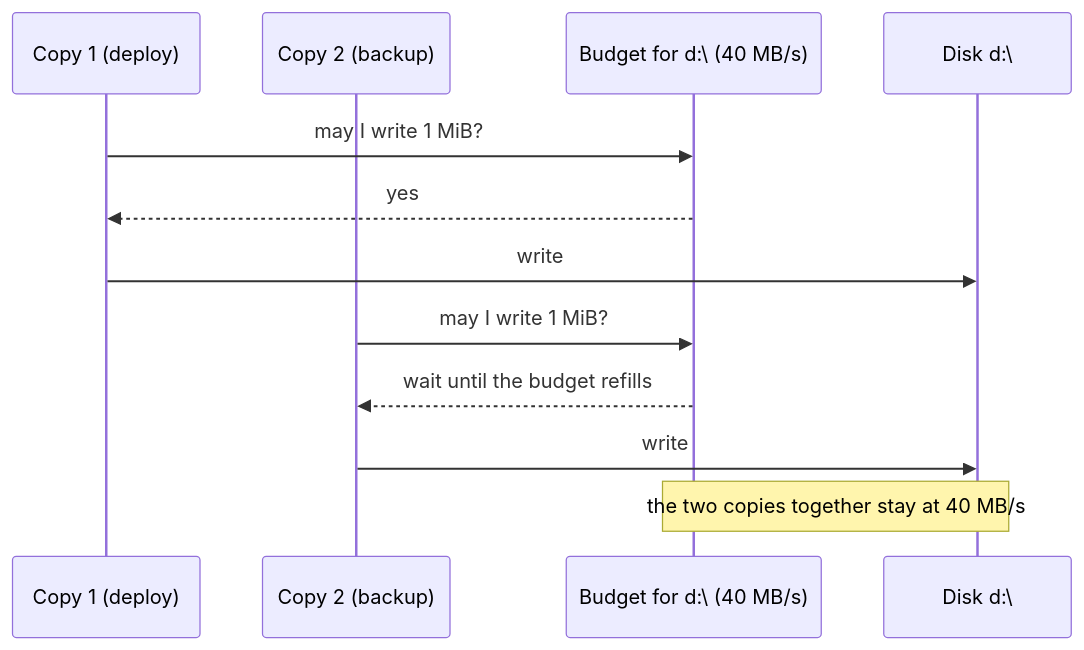
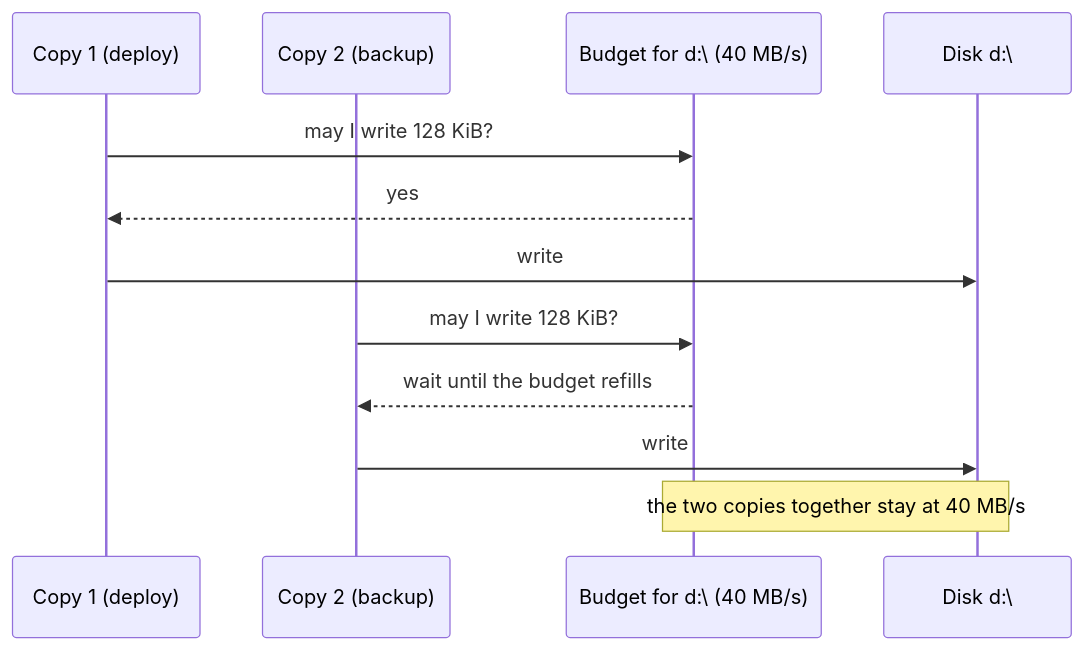
One commit to FreeProject089/BetterModsManager changed the fourth of 7 diagrams in frontend/assets/docs/en/how-it-works/resources.md. Above: the diagram before and after it, drawn with Mermaid. The commit also changed other lines of this file and 176 other files, not shown here.

````diff
--- a/frontend/assets/docs/en/how-it-works/resources.md
+++ b/frontend/assets/docs/en/how-it-works/resources.md
@@ -221,14 +221,14 @@
 ```mermaid
 sequenceDiagram
     participant A as Copy 1 (deploy)
     participant B as Copy 2 (backup)
     participant K as Budget for d:\ (40 MB/s)
     participant D as Disk d:\
-    A->>K: may I write 1 MiB?
+    A->>K: may I write 128 KiB?
     K-->>A: yes
     A->>D: write
-    B->>K: may I write 1 MiB?
+    B->>K: may I write 128 KiB?
     K-->>B: wait until the budget refills
     B->>D: write
     Note over K,D: the two copies together stay at 40 MB/s
 ```
````
